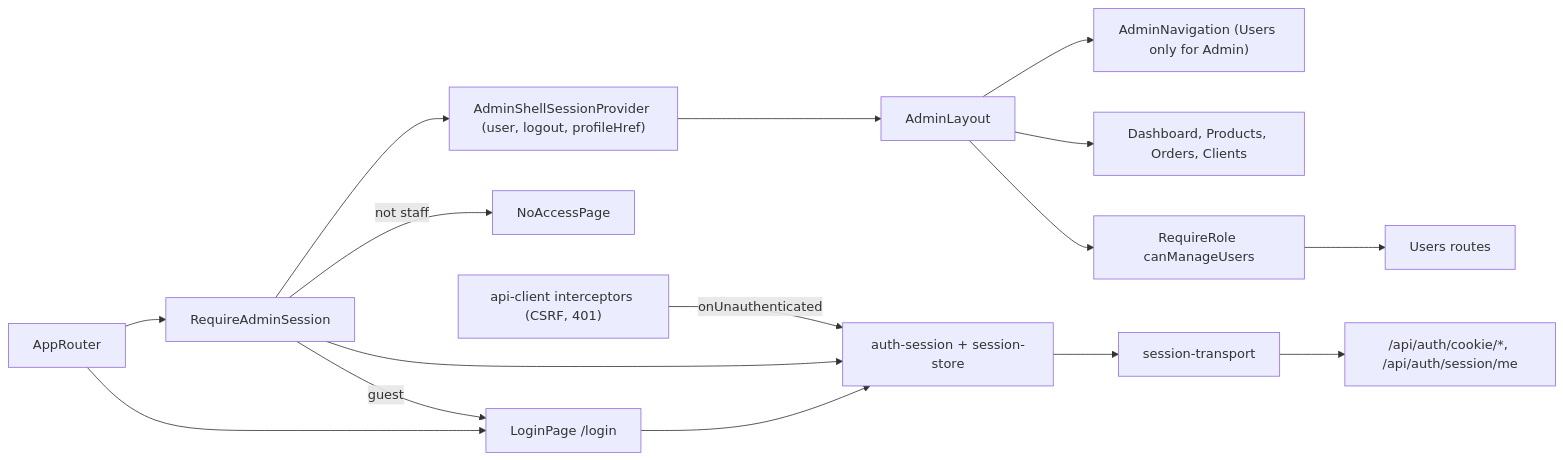
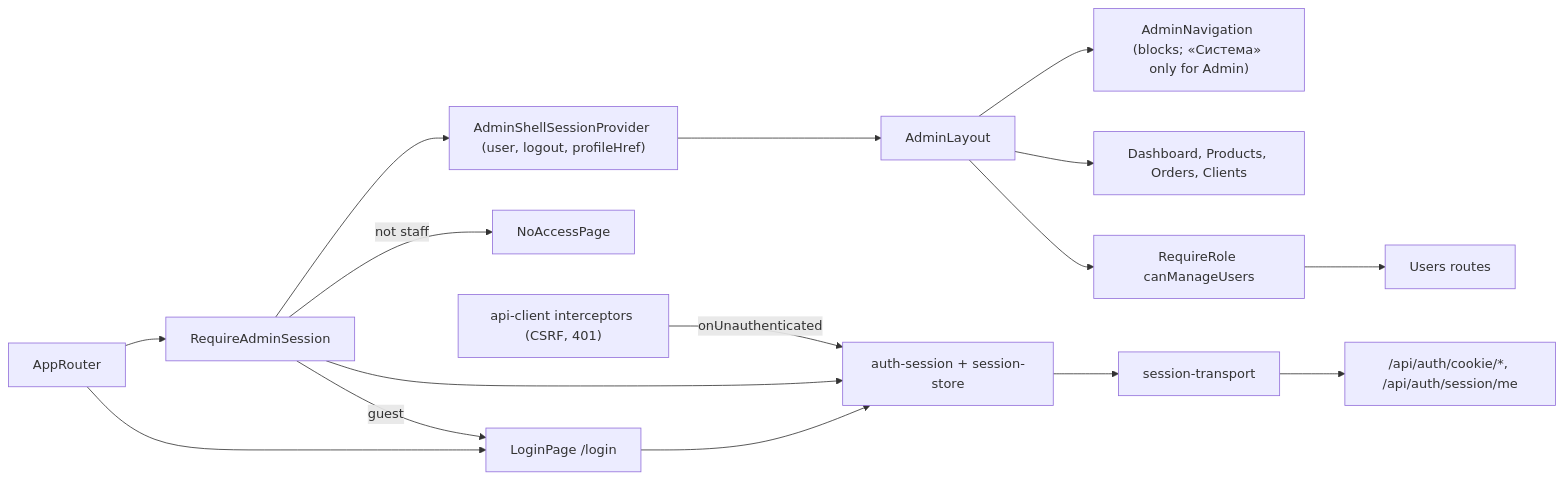
One commit to Weretik/kedr-web changed the diagram in docs/features/admin/session.md. Above: the diagram before and after it, drawn with Mermaid. The commit also changed other lines of this file and 7 other files, not shown here.

First line of the commit message:
feat(admin): grouped dark sidebar navigation with role-based blocks

````diff
--- a/docs/features/admin/session.md
+++ b/docs/features/admin/session.md
@@ -14,16 +14,16 @@
 ```mermaid
 flowchart LR
 Router["AppRouter"] --> Login["LoginPage /login"]
 Router --> Guard["RequireAdminSession"]
 Guard -->|guest| Login
 Guard -->|not staff| NoAccess["NoAccessPage"]
 Guard --> Provider["AdminShellSessionProvider (user, logout, profileHref)"]
 Provider --> Layout["AdminLayout"]
-Layout --> Nav["AdminNavigation (Users only for Admin)"]
+Layout --> Nav["AdminNavigation (blocks; «Система» only for Admin)"]
 Layout --> Routes["Dashboard, Products, Orders, Clients"]
 Layout --> Role["RequireRole canManageUsers"] --> Users["Users routes"]
 Login --> Session["auth-session + session-store"]
 Guard --> Session
 Session --> Transport["session-transport"] --> API["/api/auth/cookie/*, /api/auth/session/me"]
 ApiClient["api-client interceptors (CSRF, 401)"] -->|onUnauthenticated| Session
 ```
````
